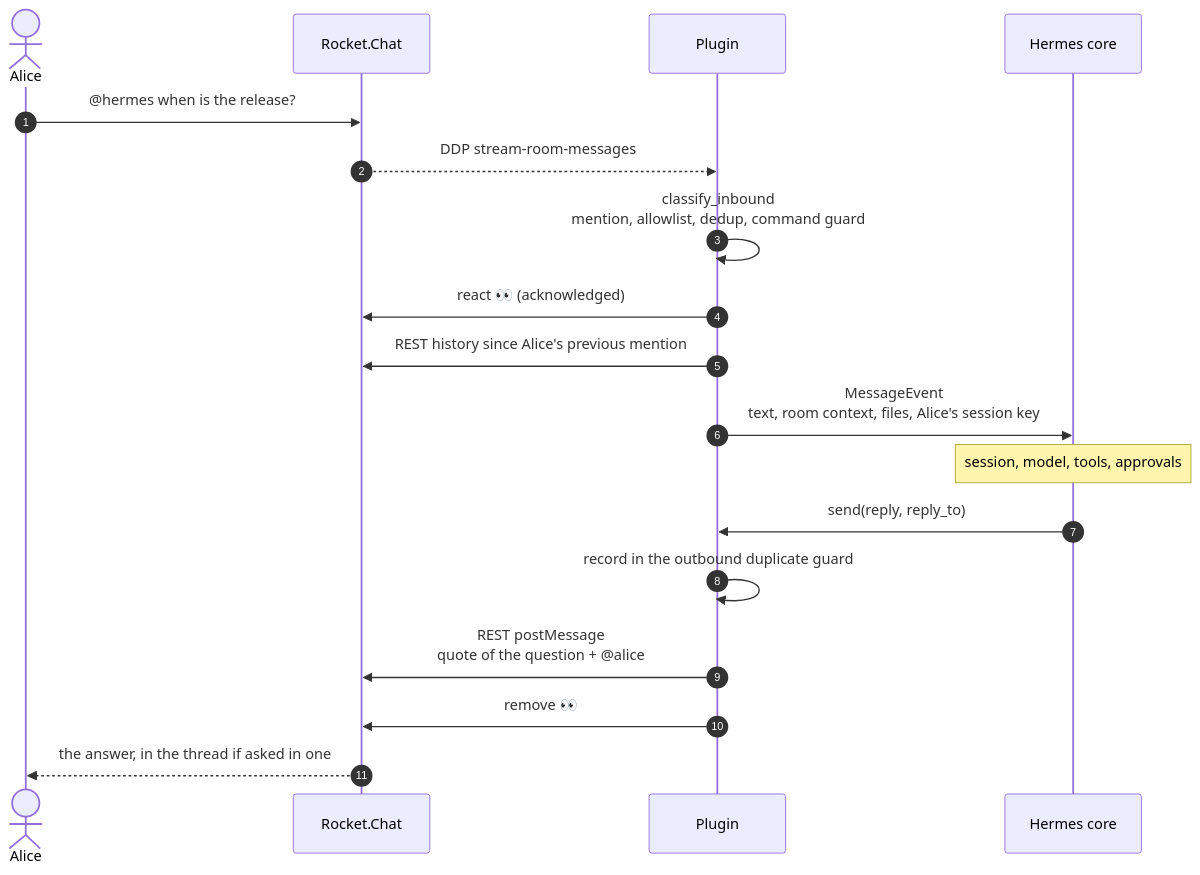
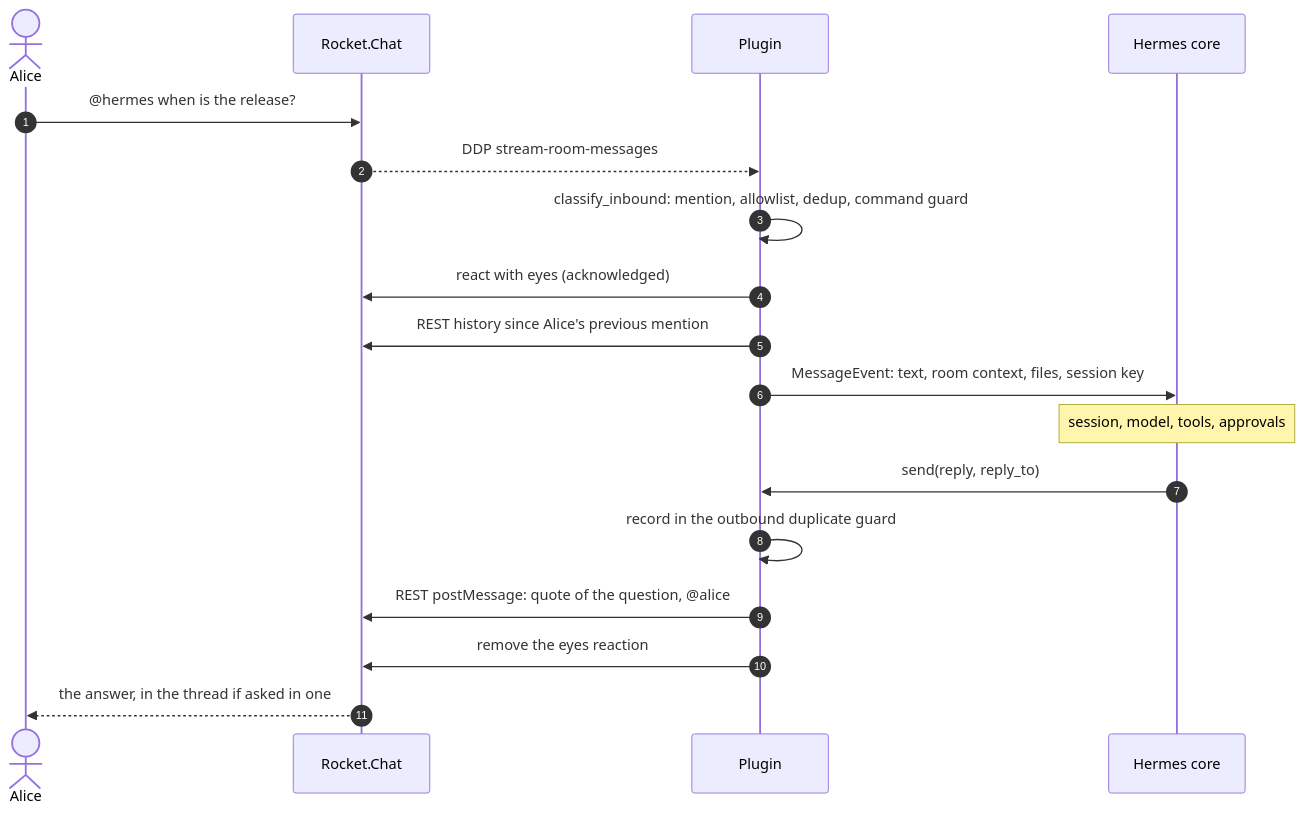
The second of 3 diagrams in README.md (csabatatrai-ulx/hermes-rocketchat-team-gateway), drawn with Mermaid before and after one commit.

Commit message:
Keep the README sequence diagram to plain text labels

````diff
--- a/README.md
+++ b/README.md
@@ -121,20 +121,20 @@
 ```mermaid
 sequenceDiagram
     autonumber
     actor A as Alice
     participant RC as Rocket.Chat
     participant P as Plugin
     participant H as Hermes core
     A->>RC: @hermes when is the release?
     RC-->>P: DDP stream-room-messages
-    P->>P: classify_inbound<br/>mention, allowlist, dedup, command guard
-    P->>RC: react 👀 (acknowledged)
+    P->>P: classify_inbound: mention, allowlist, dedup, command guard
+    P->>RC: react with eyes (acknowledged)
     P->>RC: REST history since Alice's previous mention
-    P->>H: MessageEvent<br/>text, room context, files, Alice's session key
+    P->>H: MessageEvent: text, room context, files, session key
     Note over H: session, model, tools, approvals
     H->>P: send(reply, reply_to)
     P->>P: record in the outbound duplicate guard
-    P->>RC: REST postMessage<br/>quote of the question + @alice
-    P->>RC: remove 👀
+    P->>RC: REST postMessage: quote of the question, @alice
+    P->>RC: remove the eyes reaction
     RC-->>A: the answer, in the thread if asked in one
 ```
````
